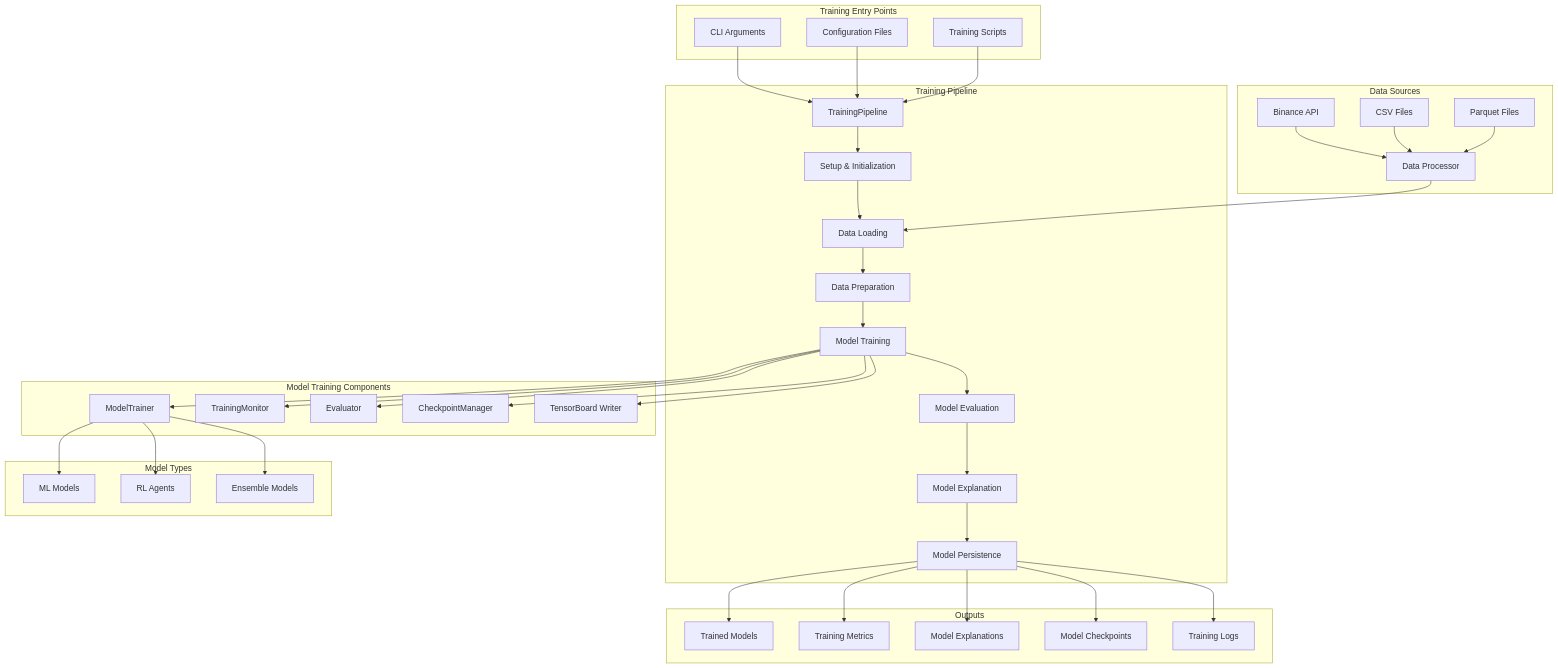
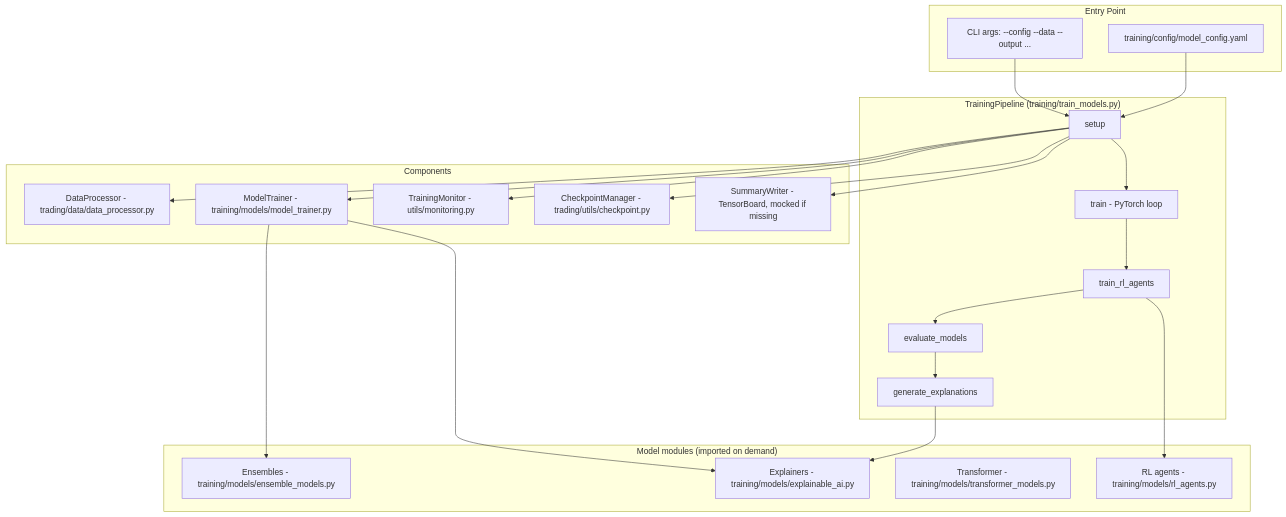
The first of 9 diagrams in docs/training.md (cluster2600/ELVIS), drawn with Mermaid before and after one commit. The commit also changed other lines of this file and 60 other files, not shown here.

````diff
--- a/docs/training.md
+++ b/docs/training.md
@@ -14,81 +26,48 @@
 ```mermaid
 graph TB
-    subgraph "Training Entry Points"
-        CLI[CLI Arguments]
-        Config[Configuration Files]
-        Scripts[Training Scripts]
+    subgraph "Entry Point"
+        CLI[CLI args: --config --data --output ...]
+        YAML[training/config/model_config.yaml]
     end
-    
-    subgraph "Training Pipeline"
-        Pipeline[TrainingPipeline]
-        Setup[Setup & Initialization]
-        DataLoader[Data Loading]
-        Preparation[Data Preparation]
-        Training[Model Training]
-        Evaluation[Model Evaluation]
-        Explanation[Model Explanation]
-        Persistence[Model Persistence]
+
+    subgraph "TrainingPipeline (training/train_models.py)"
+        Setup[setup]
+        Train[train - PyTorch loop]
+        RL[train_rl_agents]
+        Eval[evaluate_models]
+        Explain[generate_explanations]
     end
-    
-    subgraph "Model Training Components"
-        Trainer[ModelTrainer]
-        Monitor[TrainingMonitor]
-        Evaluator[Evaluator]
-        Checkpoint[CheckpointManager]
-        TensorBoard[TensorBoard Writer]
+
+    subgraph "Components"
+        DP[DataProcessor - trading/data/data_processor.py]
+        MT[ModelTrainer - training/models/model_trainer.py]
+        Mon[TrainingMonitor - utils/monitoring.py]
+        CK[CheckpointManager - trading/utils/checkpoint.py]
+        TB[SummaryWriter - TensorBoard, mocked if missing]
     end
-    
-    subgraph "Model Types"
-        ML[ML Models]
-        RL[RL Agents]
-        Ensemble[Ensemble Models]
+
+    subgraph "Model modules (imported on demand)"
+        Ens[Ensembles - training/models/ensemble_models.py]
+        Agents[RL agents - training/models/rl_agents.py]
+        Trans[Transformer - training/models/transformer_models.py]
+        XAI[Explainers - training/models/explainable_ai.py]
     end
-    
-    subgraph "Data Sources"
-        BinanceAPI[Binance API]
-        CSV[CSV Files]
-        Parquet[Parquet Files]
-        Processor[Data Processor]
-    end
-    
-    subgraph "Outputs"
-        Models[Trained Models]
-        Metrics[Training Metrics]
-        Explanations[Model Explanations]
-        Checkpoints[Model Checkpoints]
-        Logs[Training Logs]
-    end
-    
-    CLI --> Pipeline
-    Config --> Pipeline
-    Scripts --> Pipeline
-    
-    Pipeline --> Setup
-    Setup --> DataLoader
-    DataLoader --> Preparation
-    Preparation --> Training
-    Training --> Evaluation
-    Evaluation --> Explanation
-    Explanation --> Persistence
-    
-    Training --> Trainer
-    Training --> Monitor
-    Training --> Evaluator
-    Training --> Checkpoint
-    Training --> TensorBoard
-    
-    Trainer --> ML
-    Trainer --> RL
-    Trainer --> Ensemble
-    
-    BinanceAPI --> Processor
-    CSV --> Processor
-    Parquet --> Processor
-    Processor --> DataLoader
-    
-    Persistence --> Models
-    Persistence --> Metrics
-    Persistence --> Explanations
-    Persistence --> Checkpoints
-    Persistence --> Logs
+
+    CLI --> Setup
+    YAML --> Setup
+    Setup --> DP
+    Setup --> MT
+    Setup --> Mon
+    Setup --> CK
+    Setup --> TB
+
+    Setup --> Train
+    Train --> RL
+    RL --> Eval
+    Eval --> Explain
+
+    MT --> Ens
+    MT --> XAI
+    RL --> Agents
+    Explain --> XAI
 ```
````
